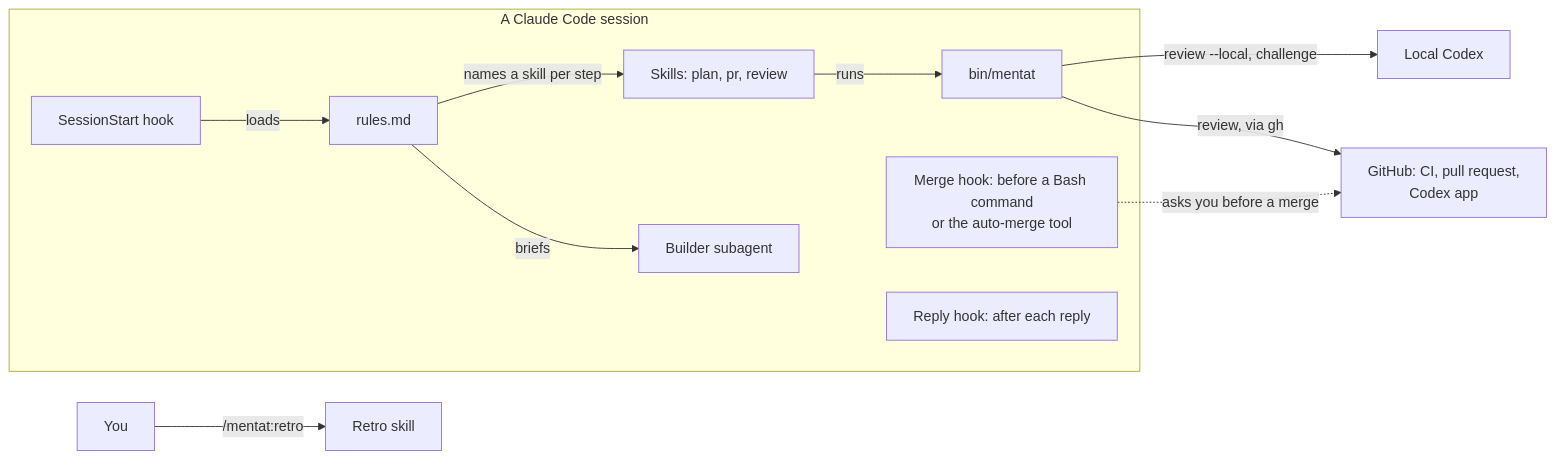
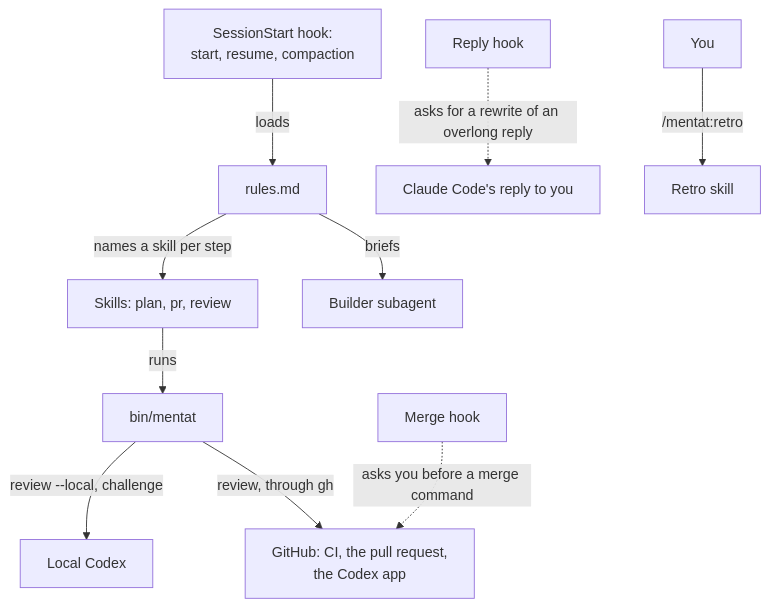
The second of 3 diagrams in docs/how-it-works.md (ericfurspan/mentat), drawn with Mermaid before and after one commit.

Commit message:
docs: redraw the plugin-parts diagram top to bottom

````diff
--- a/docs/how-it-works.md
+++ b/docs/how-it-works.md
@@ -48,15 +48,12 @@
 ```mermaid
-flowchart LR
-    subgraph session["A Claude Code session"]
-        SS["SessionStart hook"] -- loads --> R["rules.md"]
-        R -- "names a skill per step" --> SK["Skills: plan, pr, review"]
-        R -- "briefs" --> BA["Builder subagent"]
-        SK -- runs --> CLI["bin/mentat"]
-        NM["Merge hook: before a Bash command<br/>or the auto-merge tool"]
-        RC["Reply hook: after each reply"]
-    end
+flowchart TD
+    SS["SessionStart hook:<br/>start, resume, compaction"] -- loads --> R["rules.md"]
+    R -- "names a skill per step" --> SK["Skills: plan, pr, review"]
+    R -- briefs --> BA["Builder subagent"]
+    SK -- runs --> CLI["bin/mentat"]
     CLI -- "review --local, challenge" --> LC["Local Codex"]
-    CLI -- "review, via gh" --> GH["GitHub: CI, pull request,<br/>Codex app"]
-    NM -. "asks you before a merge" .-> GH
+    CLI -- "review, through gh" --> GH["GitHub: CI, the pull request,<br/>the Codex app"]
+    NM["Merge hook"] -. "asks you before a merge command" .-> GH
+    RC["Reply hook"] -. "asks for a rewrite of an overlong reply" .-> RE["Claude Code's reply to you"]
     YOU["You"] -- "/mentat:retro" --> RT["Retro skill"]
 ```
````
